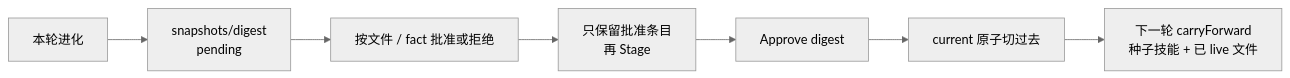
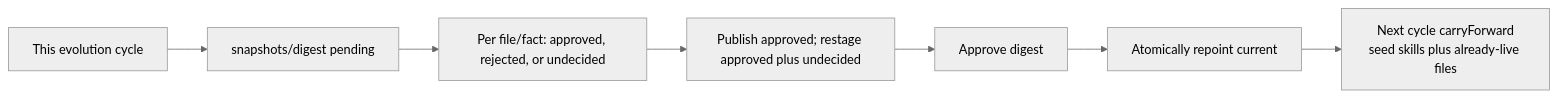
One commit to TSHOGX/aster changed the second of 2 diagrams in docs/kb-evolution.md. Above: the diagram before and after it, drawn with Mermaid (neutral theme). The commit also changed other lines of this file, not shown here.

First line of the commit message:
docs(kb): write kb-evolution.md in English

````diff
--- a/docs/kb-evolution.md
+++ b/docs/kb-evolution.md
@@ -64,9 +64,9 @@
 ```mermaid
 flowchart LR
-  cycle[本轮进化] --> staged[snapshots/digest<br/>pending]
-  staged --> review[按文件 / fact 批准或拒绝]
-  review --> restage[只保留批准条目<br/>再 Stage]
+  cycle[This evolution cycle] --> staged[snapshots/digest pending]
+  staged --> review[Per file/fact: approved, rejected, or undecided]
+  review --> restage[Publish approved; restage approved plus undecided]
   restage --> approve[Approve digest]
-  approve --> current[current 原子切过去]
-  current --> carry[下一轮 carryForward<br/>种子技能 + 已 live 文件]
+  approve --> current[Atomically repoint current]
+  current --> carry[Next cycle carryForward<br/>seed skills plus already-live files]
 ```
````
